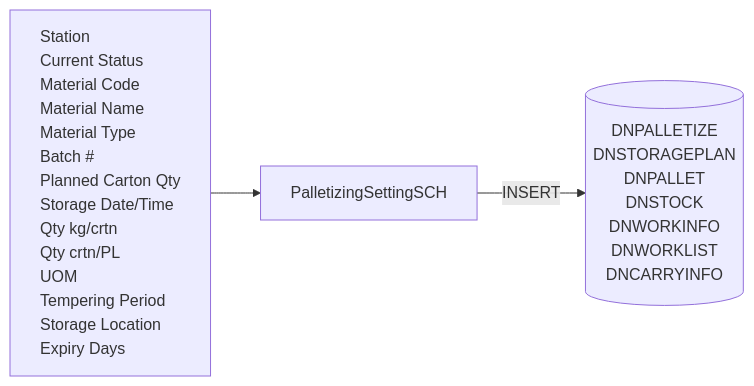
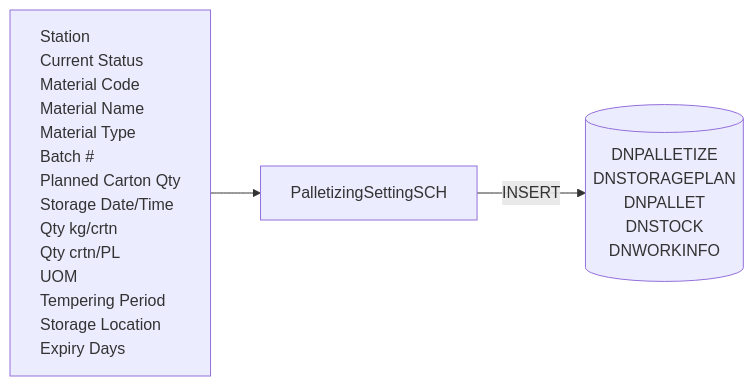
One commit to luthfiadityaa/SimeDarby-Wiki changed the first of 23 diagrams in Basic-Design/DFD-WMS/Storage/Palletizing-Settting/Palletize-Start.md. Above: the diagram before and after it, drawn with Mermaid.

Commit message:
Updated Palletize Start

```diff
--- a/Basic-Design/DFD-WMS/Storage/Palletizing-Settting/Palletize-Start.md
+++ b/Basic-Design/DFD-WMS/Storage/Palletizing-Settting/Palletize-Start.md
@@ -54,36 +54,35 @@
 ::: mermaid
 flowchart LR
     input[
         Station
         Current Status
         Material Code
         Material Name
         Material Type
         Batch #
         Planned Carton Qty
         Storage Date/Time
         Qty kg/crtn
         Qty crtn/PL
         UOM
         Tempering Period
         Storage Location
         Expiry Days
     ]
 
     tableList-insert[("
         DNPALLETIZE
         DNSTORAGEPLAN
         DNPALLET
         DNSTOCK
         DNWORKINFO
-        DNWORKLIST        
-        DNCARRYINFO
+       
     ")]
 
     className[PalletizingSettingSCH]
 
     input --> className --> |INSERT| tableList-insert
 
     classDef leftAlign text-align:left;
     class input leftAlign;
 :::
```
